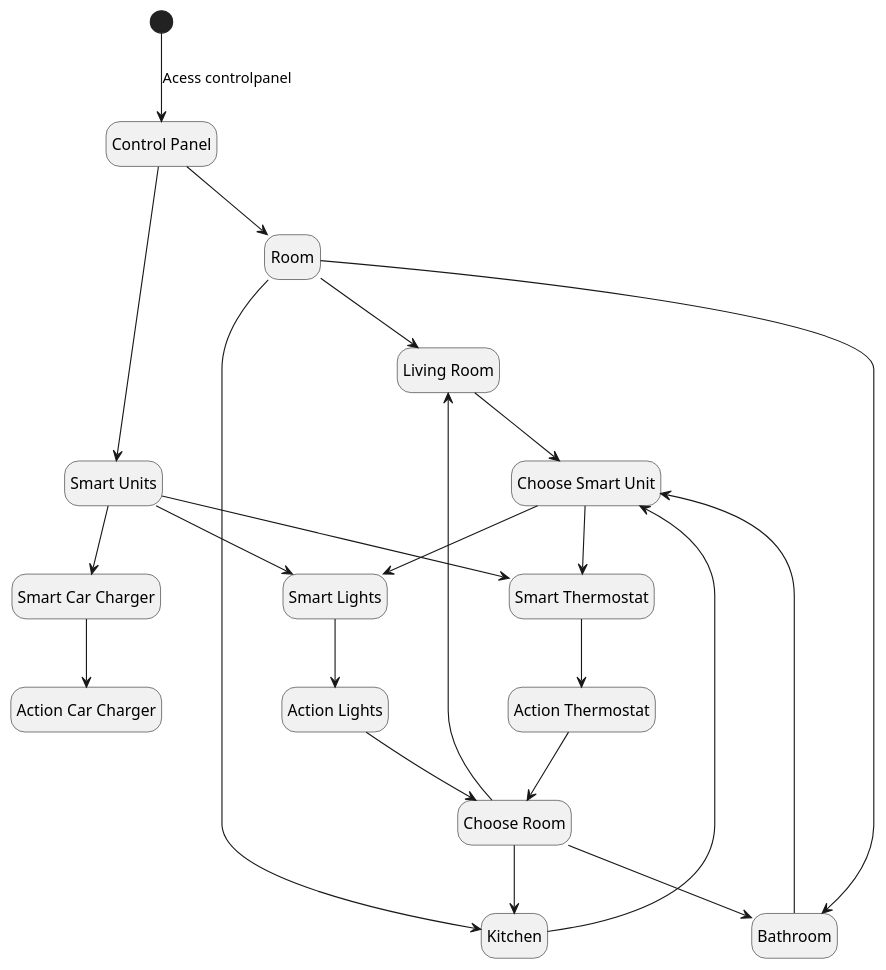
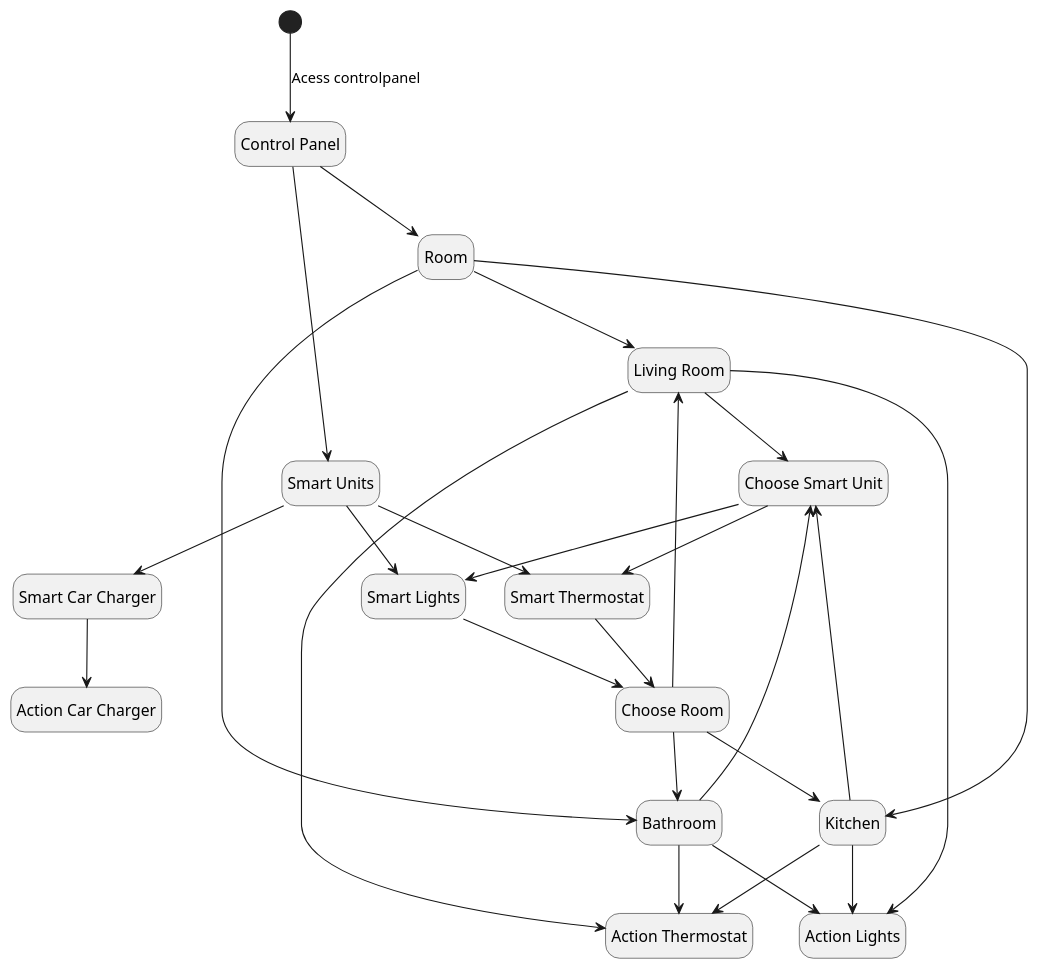
One commit to StefanBStrand/SETGruppe11HIOF changed the diagram in Diagrams/EasyHomeControl.puml. Above: the diagram before and after it, drawn with PlantUML.

Commit message:
Endret flyten på EasyHomeControl.puml

```diff
--- a/Diagrams/EasyHomeControl.puml
+++ b/Diagrams/EasyHomeControl.puml
@@ -1,62 +1,67 @@
 @startuml
 'https://plantuml.com/state-diagram
 
 hide empty description
 
 state "Control Panel" as controlpanel
 
 [*] --> controlpanel : Acess controlpanel
 
 state "Room" as room
 state "Smart Units" as units
 
 controlpanel --> room
 controlpanel --> units
 
 state "Living Room" as livingroom
 state "Kitchen" as kitchen
 state "Bathroom" as bathroom
 
 room --> livingroom
 room --> kitchen
 room --> bathroom
 
 livingroom --> chooseunit
 kitchen --> chooseunit
 bathroom --> chooseunit
 
 chooseunit --> thermostat
 chooseunit --> lightbulb
 
 state "Smart Thermostat" as thermostat
 state "Smart Car Charger" as carcharger
 state "Smart Lights" as lightbulb
 
 state "Action Thermostat" as actionthermo
 state "Action Car Charger" as actioncarcharg
 state "Action Lights" as actionlights
 
 units --> thermostat
 units --> carcharger
 units --> lightbulb
 
-thermostat --> actionthermo
-carcharger --> actioncarcharg
-lightbulb --> actionlights
-
-actionlights --> chooseroom
-actionthermo --> chooseroom
+thermostat --> chooseroom
+lightbulb --> chooseroom
 
 chooseroom --> livingroom
 chooseroom --> bathroom
 chooseroom --> kitchen
+
+livingroom --> actionlights
+livingroom --> actionthermo
+bathroom --> actionlights
+bathroom --> actionthermo
+kitchen --> actionthermo
+kitchen --> actionlights
+
+carcharger --> actioncarcharg
 
 state "Choose Room" as chooseroom
 state "Choose Smart Unit" as chooseunit
 
 
 
 
 
 
 @enduml
```
